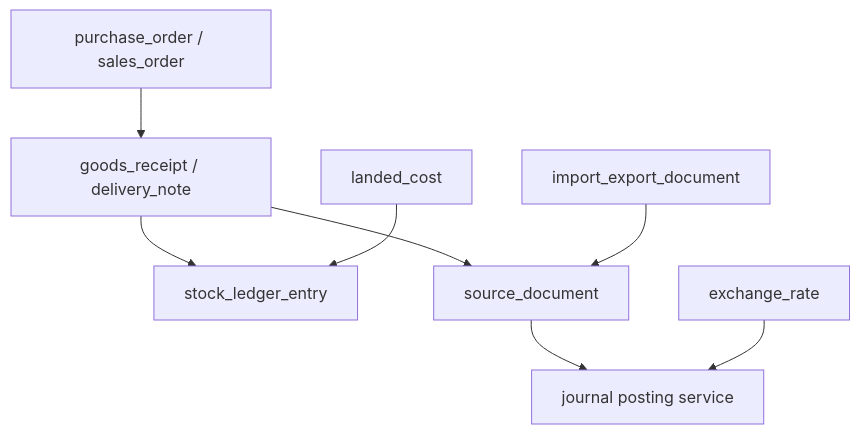
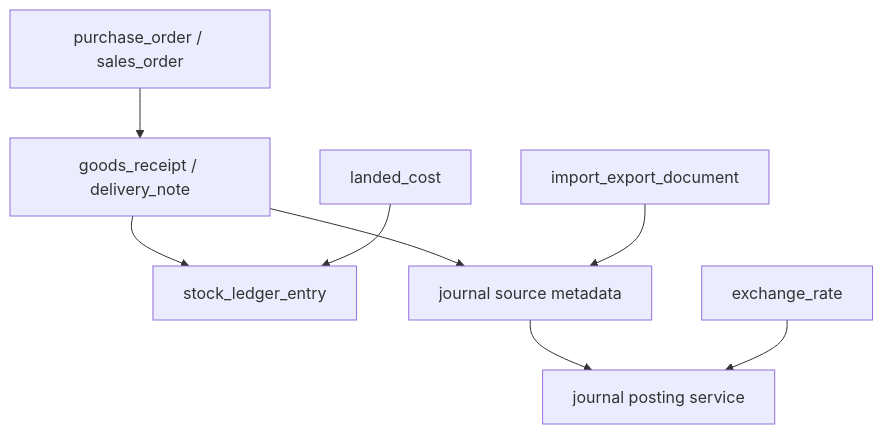
The first of 2 diagrams in docs/superpowers/plans/2026-06-16-phase-09-trade-inventory-import-export-detailed-plan.md (isherbuilds/edernal-books), drawn with Mermaid before and after one commit. The commit also changed other lines of this file and 44 other files, not shown here.

````diff
--- a/docs/superpowers/plans/2026-06-16-phase-09-trade-inventory-import-export-detailed-plan.md
+++ b/docs/superpowers/plans/2026-06-16-phase-09-trade-inventory-import-export-detailed-plan.md
@@ -15,10 +20,10 @@
 ```mermaid
 flowchart TD
   Orders["purchase_order / sales_order"] --> Movement["goods_receipt / delivery_note"]
   Movement --> Stock["stock_ledger_entry"]
-  Movement --> Source["source_document"]
+  Movement --> Source["journal source metadata"]
   Source --> Ledger["journal posting service"]
   Landed["landed_cost"] --> Stock
   FX["exchange_rate"] --> Ledger
   ImportExport["import_export_document"] --> Source
 ```
````
